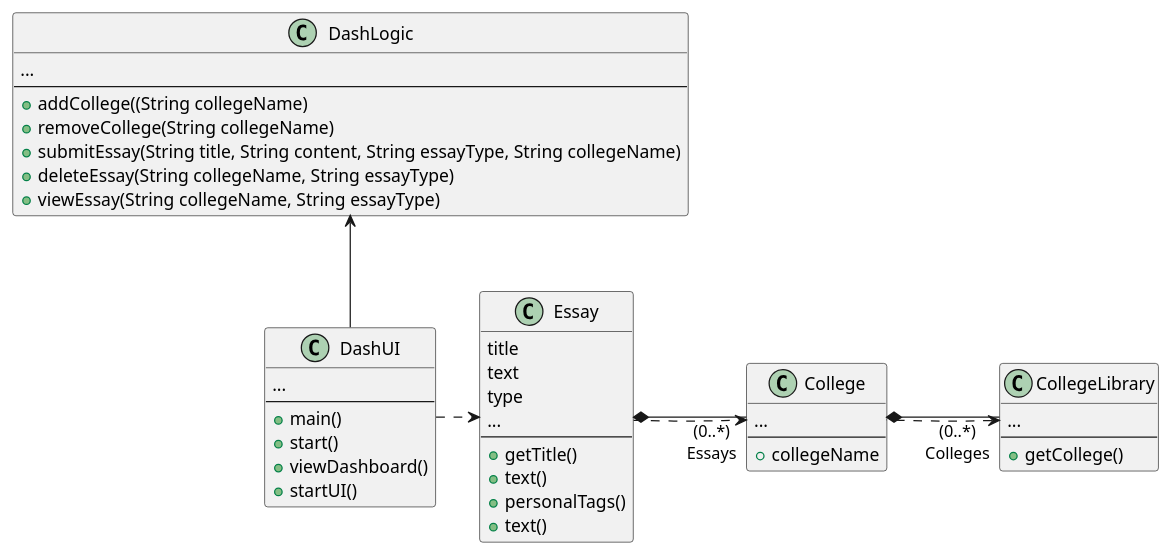
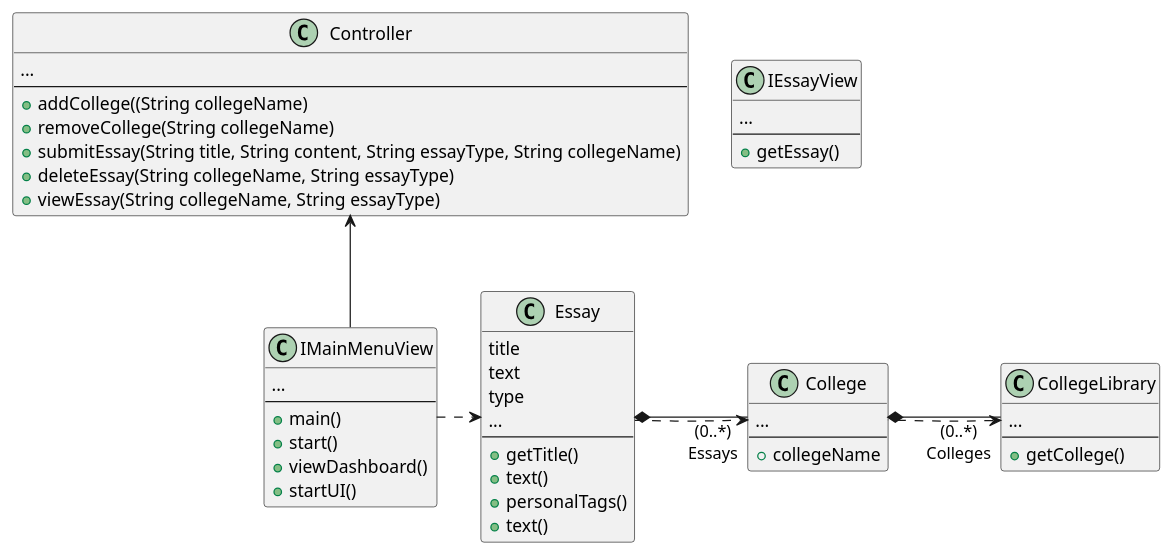
The fifth of 5 diagrams in intellij/doc/design.md (jlederer33/Essay-Review-App), drawn with PlantUML before and after one commit. The commit also changed other lines of this file, not shown here.

Commit message:
DashLogic changed to Controller, DashUI  changed to IMainMenuView and added a class IEssayView.

````diff
--- a/intellij/doc/design.md
+++ b/intellij/doc/design.md
@@ -57,53 +57,58 @@
 ```plantuml
 
 class Essay{
 title
 text
 type
 ...
 --
 +getTitle()
 +text()
 +personalTags()
 +text()
 }
 
+class IEssayView{
+...
+--
++getEssay()
+}
 
 
 class CollegeLibrary{
 ...
 --
 +getCollege()
 }
 CollegeLibrary <. College
 
 
-class DashLogic{
+class Controller{
 ...
 --
 +addCollege((String collegeName)
 +removeCollege(String collegeName)
 +submitEssay(String title, String content, String essayType, String collegeName)
 +deleteEssay(String collegeName, String essayType)
 +viewEssay(String collegeName, String essayType)
 }
 class College{
 ...
 --
 +collegeName
 }
-class DashUI{
+class IMainMenuView{
 ...
 --
 +main()
 +start()
 +viewDashboard()
 +startUI()
 }
-DashLogic <-- DashUI
+Controller <-- IMainMenuView
 Essay .> College
-DashUI .> Essay
+IMainMenuView .> Essay
 College *- "(0..*)\nColleges" CollegeLibrary : \t\t
 Essay *- "(0..*)\nEssays" College: \t\t
 
 ```
````
